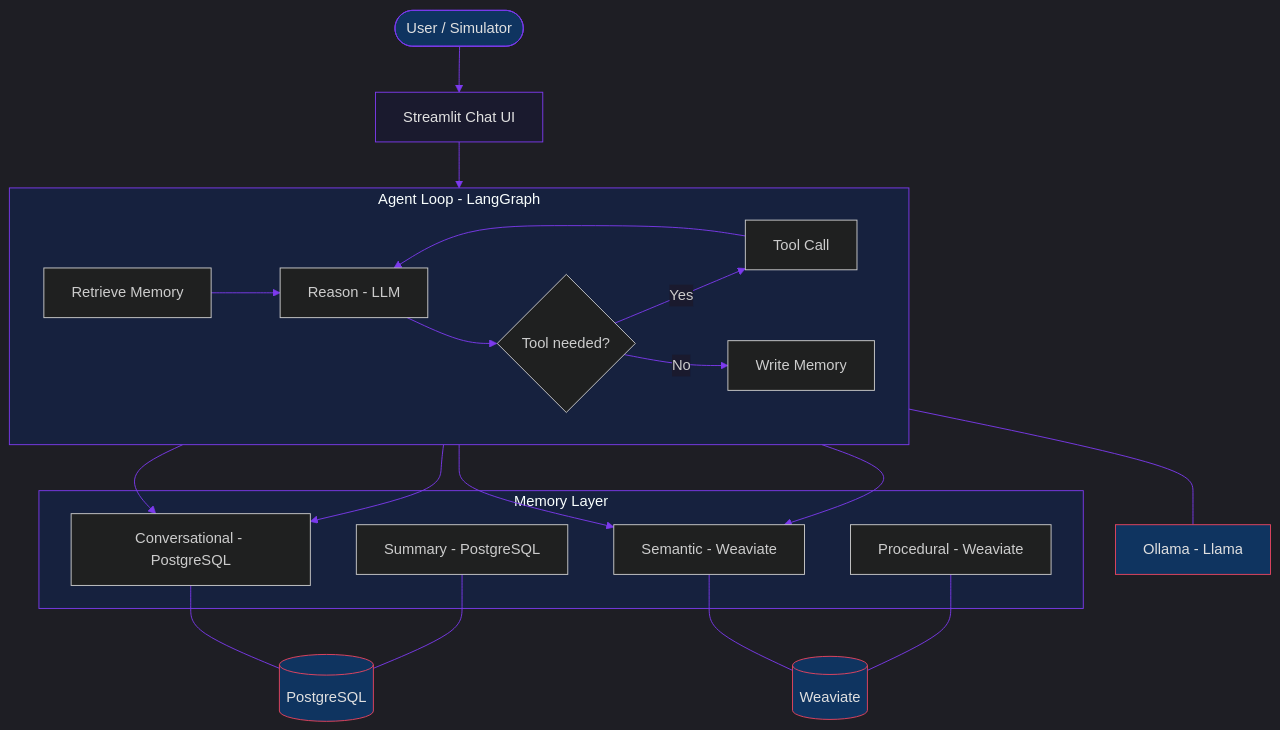
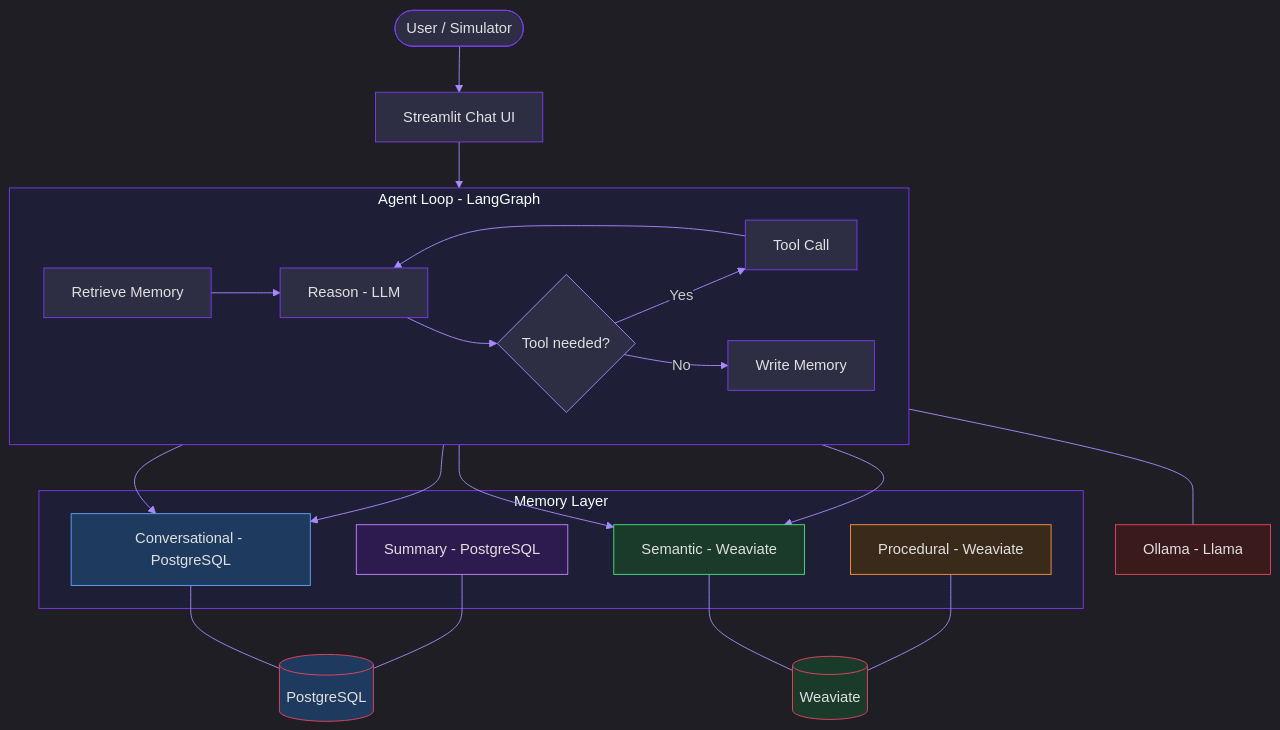
Before and after one commit to brunoramosmartins/memory-agent-regulatory: the diagram in README.md, drawn with Mermaid. The commit also changed other lines of this file and 26 other files, not shown here.

````diff
--- a/README.md
+++ b/README.md
@@ -26,41 +28,50 @@
 ```mermaid
-%%{init: {'theme': 'dark', 'themeVariables': {'primaryColor': '#1a1a2e', 'primaryTextColor': '#e0e0e0', 'primaryBorderColor': '#7c3aed', 'lineColor': '#7c3aed', 'secondaryColor': '#16213e', 'tertiaryColor': '#0f3460', 'edgeLabelBackground': '#1a1a2e', 'clusterBkg': '#16213e', 'clusterBorder': '#7c3aed'}}}%%
+%%{init: {'theme': 'dark', 'themeVariables': {'primaryColor': '#2d2d44', 'primaryTextColor': '#e0e0e0', 'primaryBorderColor': '#7c3aed', 'lineColor': '#a78bfa', 'secondaryColor': '#1e1e36', 'tertiaryColor': '#2d2d44', 'edgeLabelBackground': '#1e1e36', 'clusterBkg': '#1e1e36', 'clusterBorder': '#7c3aed', 'background': '#0d1117', 'mainBkg': '#2d2d44', 'nodeBorder': '#7c3aed', 'nodeTextColor': '#e0e0e0'}}}%%
 flowchart TB
     User([User / Simulator]) --> UI[Streamlit Chat UI] --> Retrieve
 
     subgraph AgentLoop [Agent Loop - LangGraph]
         direction LR
         Retrieve[Retrieve Memory] --> Reason[Reason - LLM]
         Reason --> Tool{Tool needed?}
         Tool -->|Yes| ToolCall[Tool Call] --> Reason
         Tool -->|No| Write[Write Memory]
     end
 
     Retrieve --> Conv
     Retrieve --> Sem
     Write --> Conv
     Write --> Sem
 
     subgraph MemoryLayer [Memory Layer]
         Conv[Conversational - PostgreSQL]
         Sem[Semantic - Weaviate]
         Proc[Procedural - Weaviate]
         Summ[Summary - PostgreSQL]
     end
 
     Conv --- PG
     Summ --- PG
     Sem --- WV
     Proc --- WV
     Reason --- OL
 
     PG[(PostgreSQL)]
     WV[(Weaviate)]
     OL[Ollama - Llama]
 
-    style User fill:#0f3460,stroke:#7c3aed,color:#e0e0e0
-    style UI fill:#1a1a2e,stroke:#7c3aed,color:#e0e0e0
-    style PG fill:#0f3460,stroke:#e94560,color:#e0e0e0
-    style WV fill:#0f3460,stroke:#e94560,color:#e0e0e0
-    style OL fill:#0f3460,stroke:#e94560,color:#e0e0e0
+    style User fill:#2d2d44,stroke:#7c3aed,color:#e0e0e0
+    style UI fill:#2d2d44,stroke:#7c3aed,color:#e0e0e0
+    style Retrieve fill:#2d2d44,stroke:#7c3aed,color:#e0e0e0
+    style Reason fill:#2d2d44,stroke:#7c3aed,color:#e0e0e0
+    style Tool fill:#2d2d44,stroke:#a78bfa,color:#e0e0e0
+    style ToolCall fill:#2d2d44,stroke:#7c3aed,color:#e0e0e0
+    style Write fill:#2d2d44,stroke:#7c3aed,color:#e0e0e0
+    style Conv fill:#1e3a5f,stroke:#60a5fa,color:#e0e0e0
+    style Sem fill:#1a3a2a,stroke:#4ade80,color:#e0e0e0
+    style Proc fill:#3a2a1a,stroke:#fb923c,color:#e0e0e0
+    style Summ fill:#2d1a4e,stroke:#c084fc,color:#e0e0e0
+    style PG fill:#1e3a5f,stroke:#e94560,color:#e0e0e0
+    style WV fill:#1a3a2a,stroke:#e94560,color:#e0e0e0
+    style OL fill:#3a1a1a,stroke:#e94560,color:#e0e0e0
 ```
````
